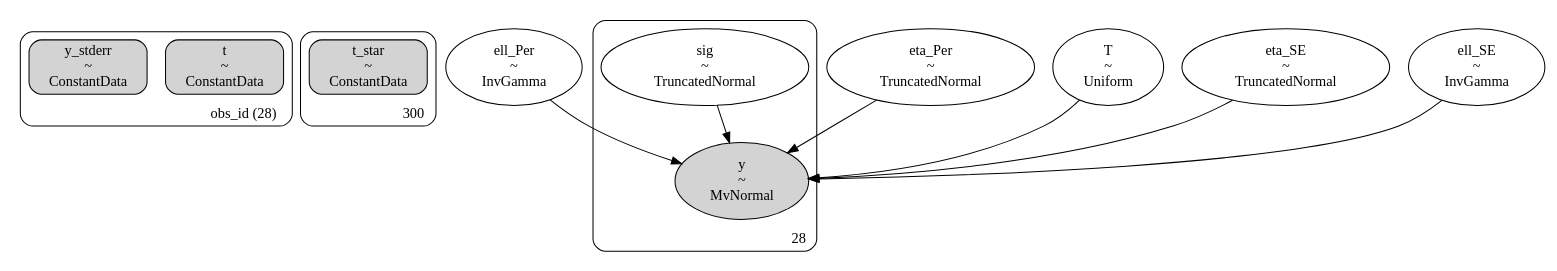
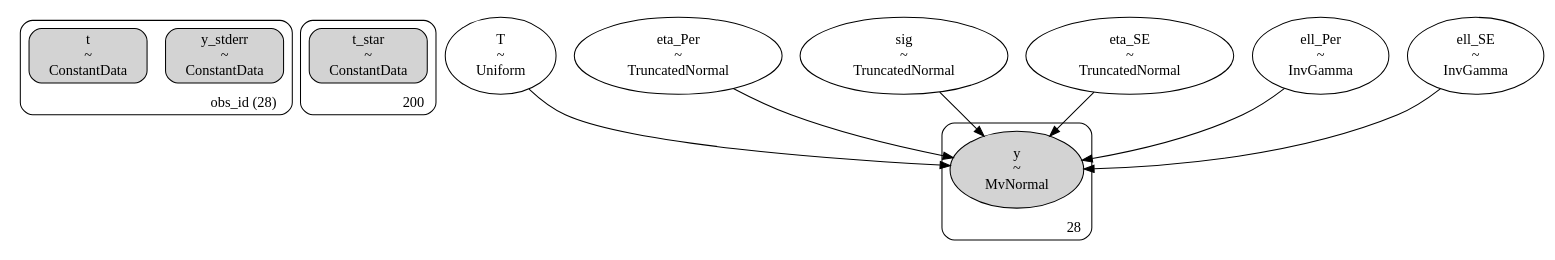
Before and after one commit to shihchingfu/gp-sandbox-thunderkat: the diagram in dags/80_ra271.352_dec-29.642_MAXIJ1803TraPDB_andersson_gpSE_gpPer_dag.dot, drawn with Graphviz. The commit also changed 2 other files, not shown here.

```diff
--- a/dags/80_ra271.352_dec-29.642_MAXIJ1803TraPDB_andersson_gpSE_gpPer_dag.dot
+++ b/dags/80_ra271.352_dec-29.642_MAXIJ1803TraPDB_andersson_gpSE_gpPer_dag.dot
@@ -1,47 +1,47 @@
 digraph {
 	subgraph "clusterobs_id (28)" {
-		t [label="t
+		y_stderr [label="y_stderr
 ~
 ConstantData" shape=box style="rounded, filled"]
-		y_stderr [label="y_stderr
+		t [label="t
 ~
 ConstantData" shape=box style="rounded, filled"]
 		label="obs_id (28)" labeljust=r labelloc=b style=rounded
 	}
-	subgraph cluster300 {
+	subgraph cluster200 {
 		t_star [label="t_star
 ~
 ConstantData" shape=box style="rounded, filled"]
-		label=300 labeljust=r labelloc=b style=rounded
+		label=200 labeljust=r labelloc=b style=rounded
 	}
+	T [label="T
+~
+Uniform" shape=ellipse]
+	eta_Per [label="eta_Per
+~
+TruncatedNormal" shape=ellipse]
+	sig [label="sig
+~
+TruncatedNormal" shape=ellipse]
+	eta_SE [label="eta_SE
+~
+TruncatedNormal" shape=ellipse]
 	ell_Per [label="ell_Per
 ~
 InvGamma" shape=ellipse]
-	eta_Per [label="eta_Per
-~
-TruncatedNormal" shape=ellipse]
-	T [label="T
-~
-Uniform" shape=ellipse]
-	eta_SE [label="eta_SE
-~
-TruncatedNormal" shape=ellipse]
 	ell_SE [label="ell_SE
 ~
 InvGamma" shape=ellipse]
 	subgraph cluster28 {
 		y [label="y
 ~
 MvNormal" shape=ellipse style=filled]
-		sig [label="sig
-~
-TruncatedNormal" shape=ellipse]
 		label=28 labeljust=r labelloc=b style=rounded
 	}
+	sig -> y
+	T -> y
 	eta_SE -> y
 	ell_Per -> y
+	eta_Per -> y
 	ell_SE -> y
-	sig -> y
-	eta_Per -> y
-	T -> y
 }
```
